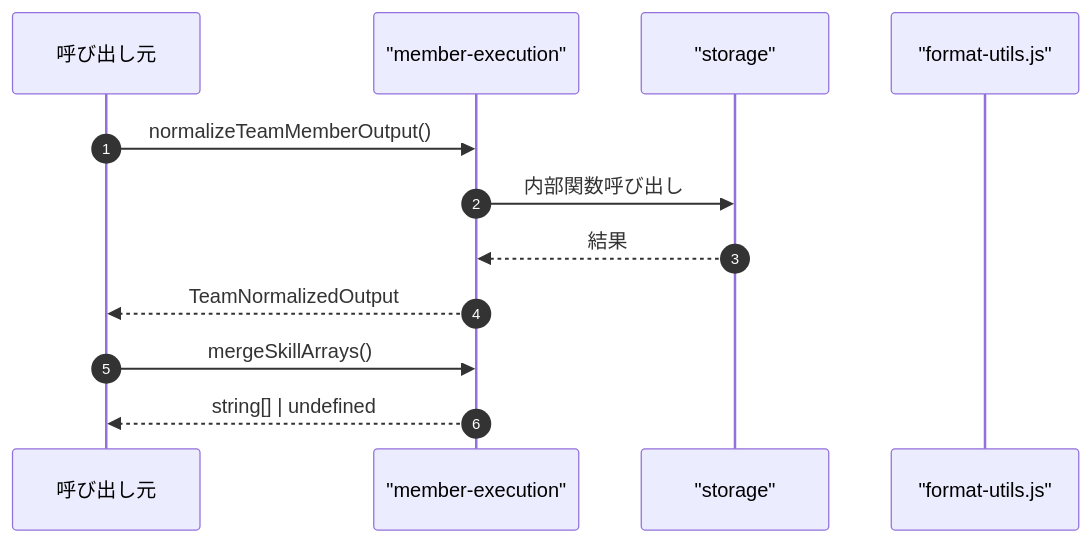
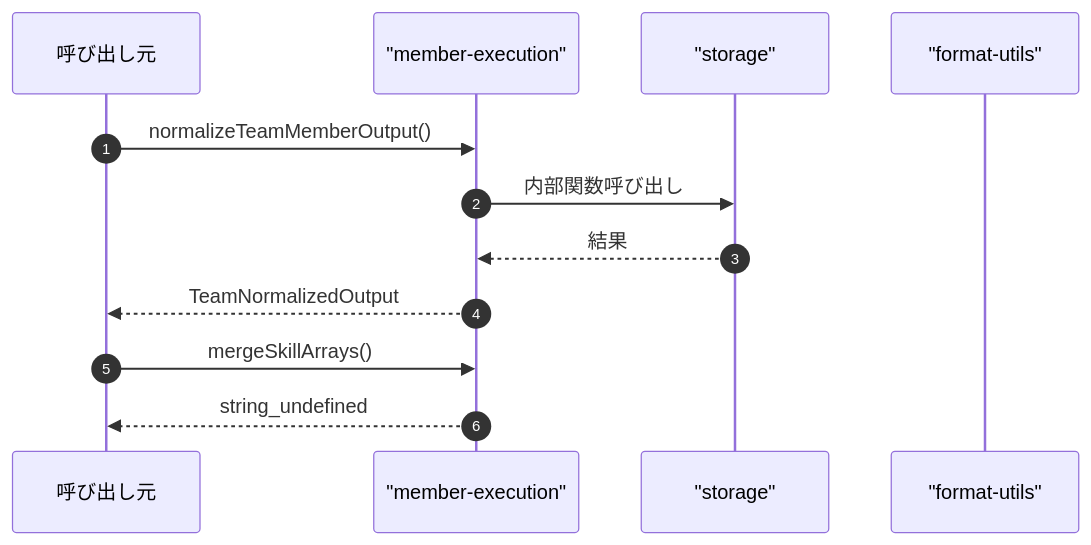
Before and after one commit to Mekann2904/mekann: the fourth of 4 diagrams in ABDD/.pi/extensions/agent-teams/member-execution.md, drawn with Mermaid. The commit also changed other lines of this file and 174 other files, not shown here.

First line of the commit message:
fix(docs): ABDDのMermaid図生成エラーを修正する

````diff
--- a/ABDD/.pi/extensions/agent-teams/member-execution.md
+++ b/ABDD/.pi/extensions/agent-teams/member-execution.md
@@ -92,16 +92,16 @@
 ```mermaid
 sequenceDiagram
   autonumber
   participant Caller as 呼び出し元
   participant member_execution as "member-execution"
   participant storage as "storage"
-  participant format_utils_js as "format-utils.js"
+  participant format_utils as "format-utils"
 
   Caller->>member_execution: normalizeTeamMemberOutput()
   member_execution->>storage: 内部関数呼び出し
   storage-->>member_execution: 結果
   member_execution-->>Caller: TeamNormalizedOutput
 
   Caller->>member_execution: mergeSkillArrays()
-  member_execution-->>Caller: string[] | undefined
+  member_execution-->>Caller: string_undefined
 ```
````
